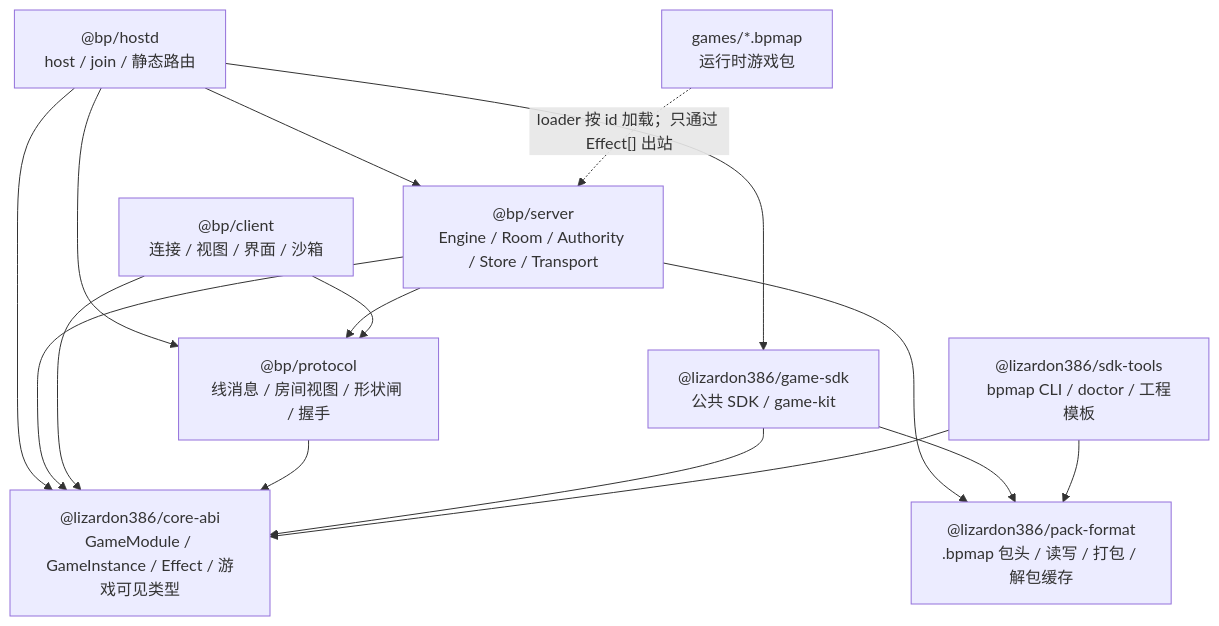
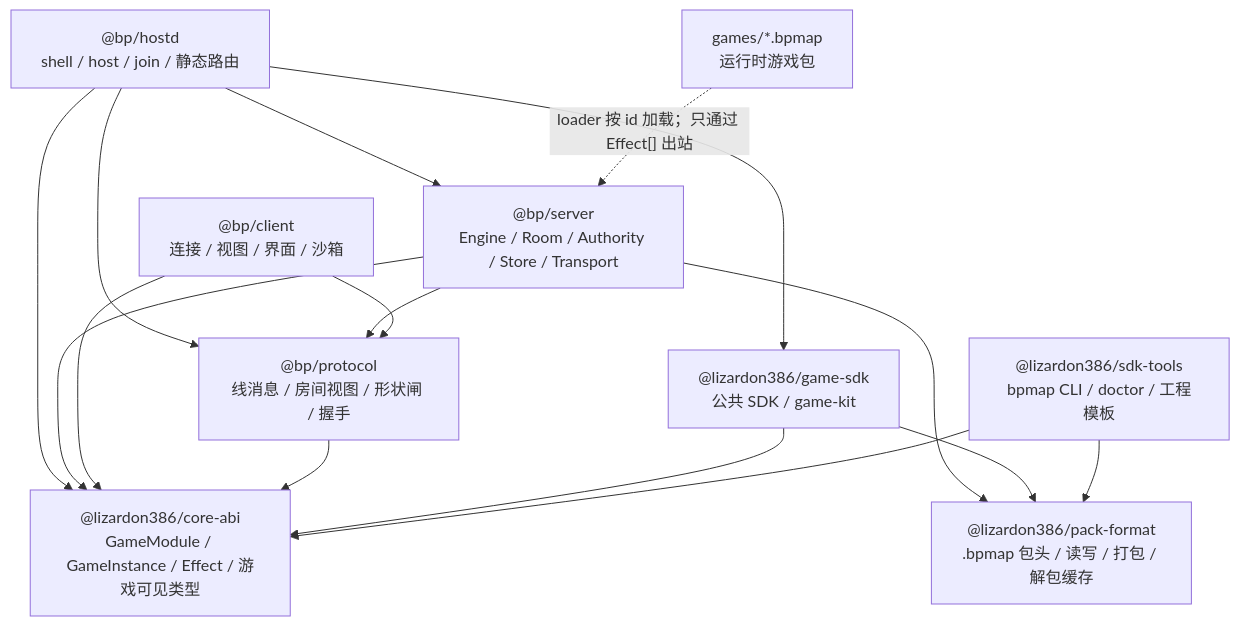
The sixth of 6 diagrams in DESIGN.md (Lizardon386/3178-battle-platform), drawn with Mermaid before and after one commit. The commit also changed other lines of this file and 11 other files, not shown here.

````diff
--- a/DESIGN.md
+++ b/DESIGN.md
@@ -296,27 +300,27 @@
 ```mermaid
 flowchart TD
   A["@lizardon386/core-abi<br/>GameModule / GameInstance / Effect / 游戏可见类型"]
   P["@bp/protocol<br/>线消息 / 房间视图 / 形状闸 / 握手"]
   F["@lizardon386/pack-format<br/>.bpmap 包头 / 读写 / 打包 / 解包缓存"]
   K["@lizardon386/game-sdk<br/>公共 SDK / game-kit"]
   T["@lizardon386/sdk-tools<br/>bpmap CLI / doctor / 工程模板"]
   S["@bp/server<br/>Engine / Room / Authority / Store / Transport"]
   C["@bp/client<br/>连接 / 视图 / 界面 / 沙箱"]
-  H["@bp/hostd<br/>host / join / 静态路由"]
+  H["@bp/hostd<br/>shell / host / join / 静态路由"]
   G["games/*.bpmap<br/>运行时游戏包"]
   H --> S
   H --> P
   H --> A
   H --> K
   S --> A
   S --> P
   S --> F
   C --> A
   C --> P
   P --> A
   K --> A
   K --> F
   T --> A
   T --> F
   G -. "loader 按 id 加载；只通过 Effect[] 出站" .-> S
 ```
````
